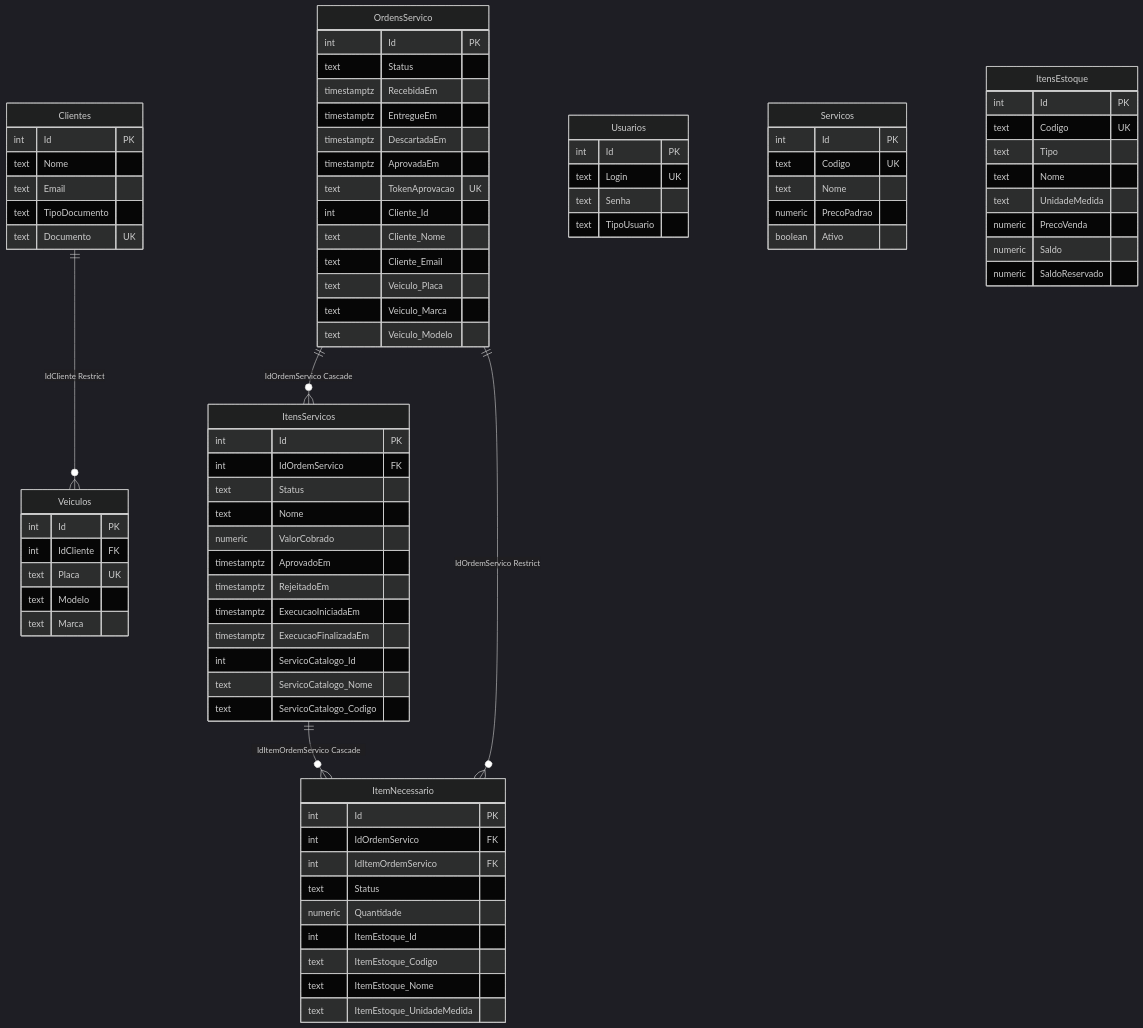
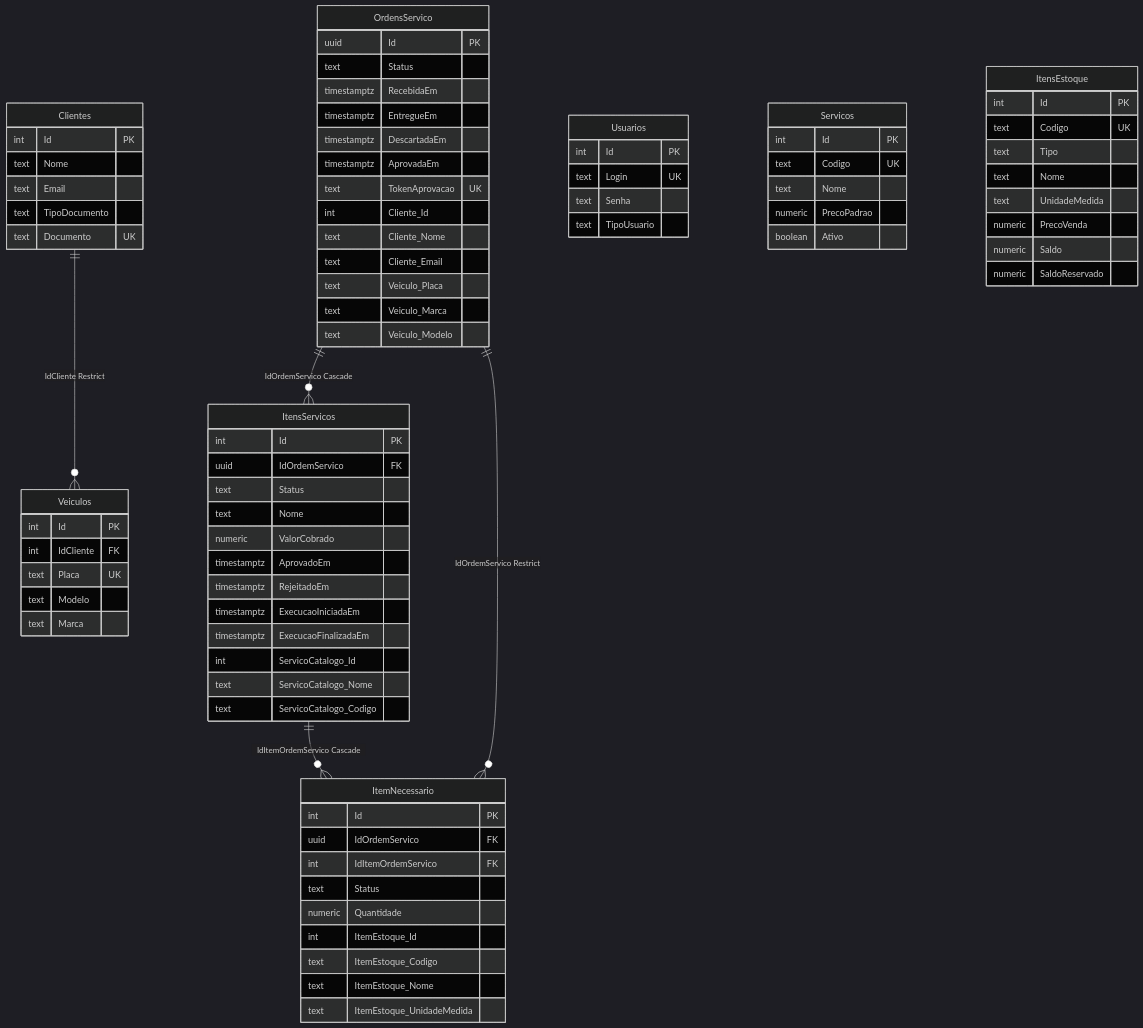
Before and after one commit to fiap-vcosta/ordem-servico-service: the diagram in docs/08_modelo-de-dados.md, drawn with Mermaid (dark theme). The commit also changed 92 other files, not shown here.

First line of the commit message:
feat: OrdemServicoId como Guid (building-blocks 1.3.0) (#41)

```diff
--- a/docs/08_modelo-de-dados.md
+++ b/docs/08_modelo-de-dados.md
@@ -56,7 +56,7 @@
     }
 
     OrdensServico {
-        int Id PK
+        uuid Id PK
         text Status
         timestamptz RecebidaEm
         timestamptz EntregueEm
@@ -73,7 +73,7 @@
 
     ItensServicos {
         int Id PK
-        int IdOrdemServico FK
+        uuid IdOrdemServico FK
         text Status
         text Nome
         numeric ValorCobrado
@@ -88,7 +88,7 @@
 
     ItemNecessario {
         int Id PK
-        int IdOrdemServico FK
+        uuid IdOrdemServico FK
         int IdItemOrdemServico FK
         text Status
         numeric Quantidade
```
